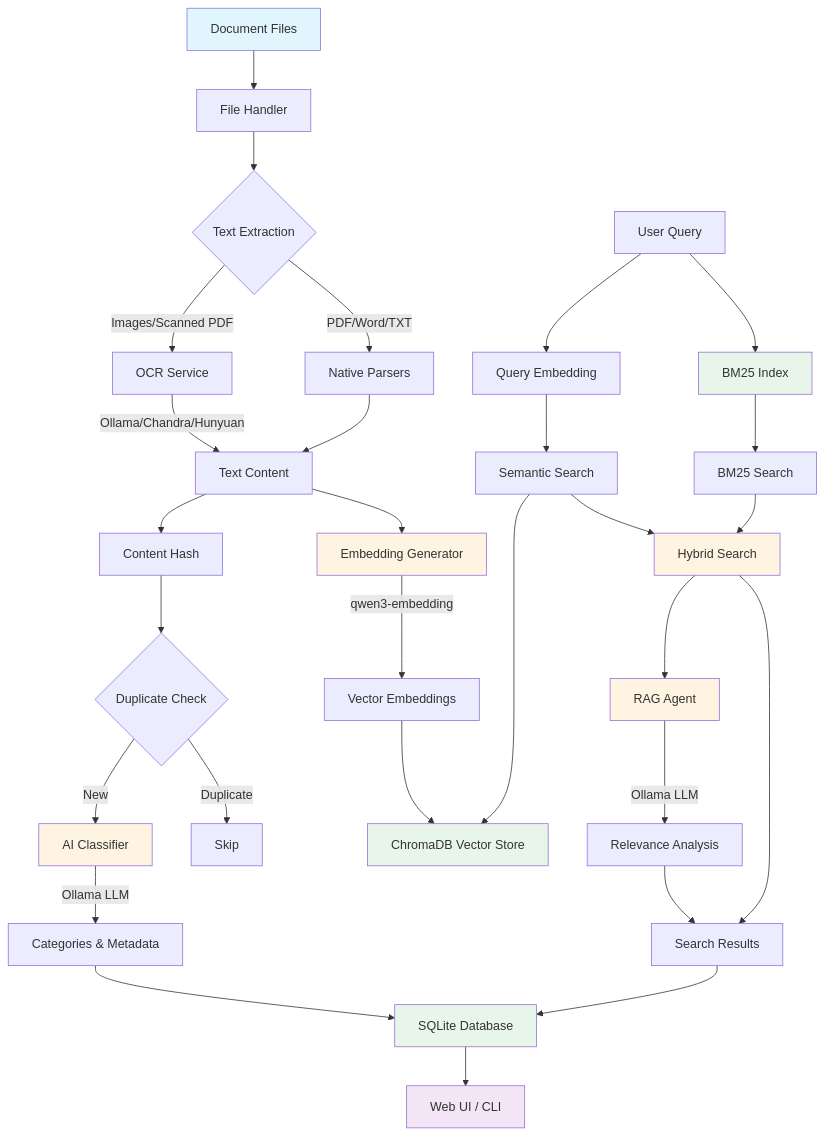
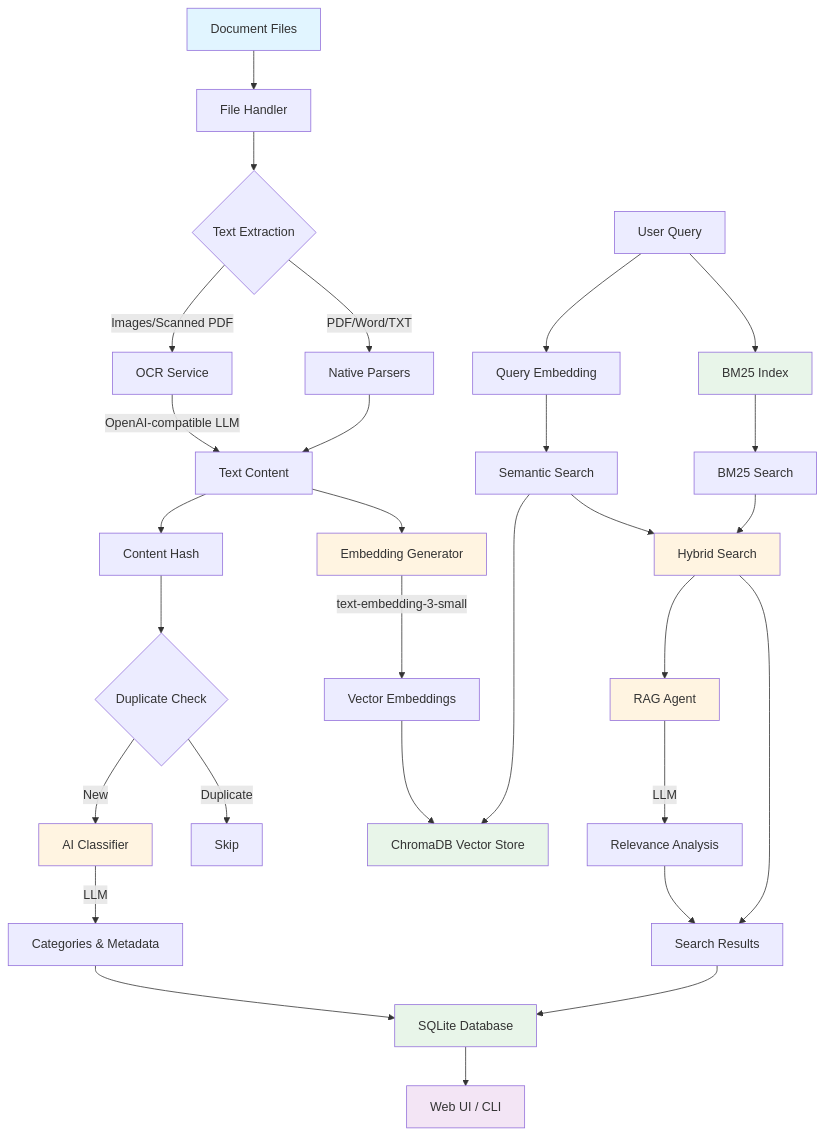
The diagram in README.md (darrenkoh/document-management-agents), drawn with Mermaid before and after one commit. The commit also changed other lines of this file and 9 other files, not shown here.

Commit message:
refactor: Update LLM integration to support OpenAI-compatible APIs. Rename configuration properties and adjust logging to reflect changes from 'Ollama' to 'LLM'. Update README and code comments for clarity on model usage and API endpoints, ensuring compatibility with various LLM servers.

````diff
--- a/README.md
+++ b/README.md
@@ -41,45 +41,45 @@
 ```mermaid
 graph TB
     A[Document Files] --> B[File Handler]
     B --> C{Text Extraction}
     C -->|PDF/Word/TXT| D[Native Parsers]
     C -->|Images/Scanned PDF| E[OCR Service]
-    E -->|Ollama/Chandra/Hunyuan| F[Text Content]
+    E -->|OpenAI-compatible LLM| F[Text Content]
     D --> F
     
     F --> G[Content Hash]
     G --> H{Duplicate Check}
     H -->|New| I[AI Classifier]
     H -->|Duplicate| Z[Skip]
     
-    I -->|Ollama LLM| J[Categories & Metadata]
+    I -->|LLM| J[Categories & Metadata]
     F --> K[Embedding Generator]
-    K -->|qwen3-embedding| L[Vector Embeddings]
+    K -->|text-embedding-3-small| L[Vector Embeddings]
     
     J --> M[SQLite Database]
     L --> N[ChromaDB Vector Store]
     
     O[User Query] --> P[Query Embedding]
     O --> V[BM25 Index]
     P --> Q[Semantic Search]
     Q --> N
     V --> W[BM25 Search]
     Q --> X[Hybrid Search]
     W --> X
     X --> R[RAG Agent]
-    R -->|Ollama LLM| S[Relevance Analysis]
+    R -->|LLM| S[Relevance Analysis]
     S --> T[Search Results]
     X --> T
     T --> M
     M --> U[Web UI / CLI]
     
     style A fill:#e1f5ff
     style I fill:#fff4e1
     style K fill:#fff4e1
     style R fill:#fff4e1
     style M fill:#e8f5e9
     style N fill:#e8f5e9
     style V fill:#e8f5e9
     style X fill:#fff4e1
     style U fill:#f3e5f5
 ```
````
